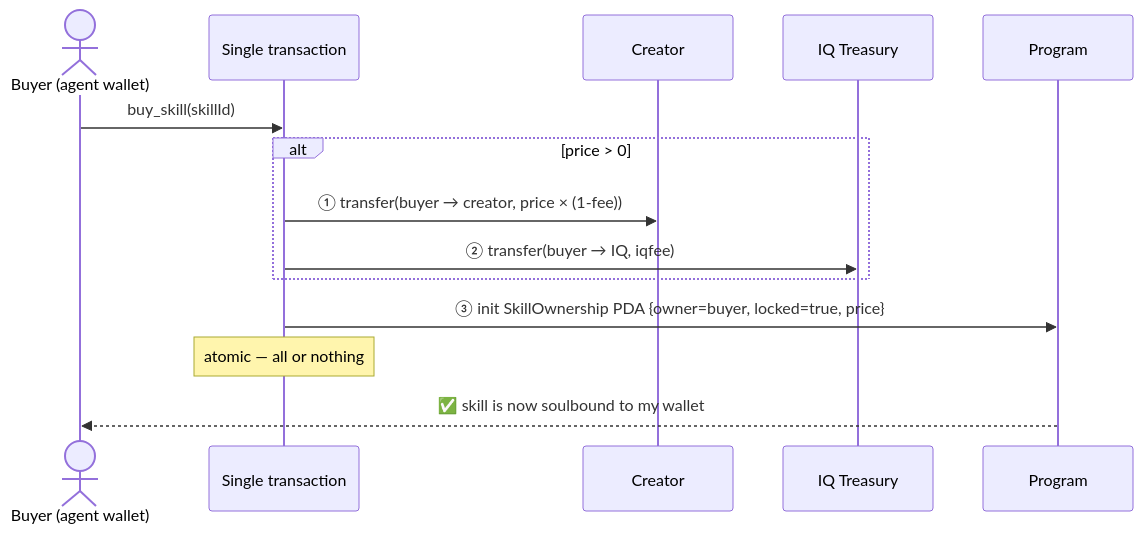
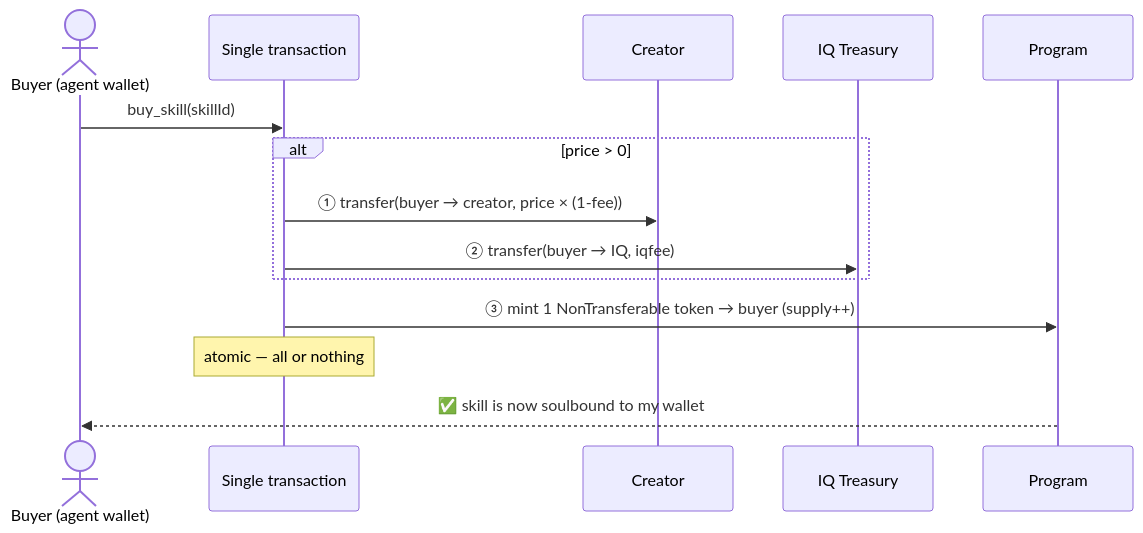
Before and after one commit to IQCoreTeam/AgentNet: the seventh of 8 diagrams in plans/skill-soulbound-structure.md, drawn with Mermaid. The commit also changed other lines of this file and 5 other files, not shown here.

First line of the commit message:
Adopt Token-2022 semi-fungible as the NFT model; drop custom SkillOwnership PDA

````diff
--- a/plans/skill-soulbound-structure.md
+++ b/plans/skill-soulbound-structure.md
@@ -202,17 +191,17 @@
 ```mermaid
 sequenceDiagram
     actor B as Buyer (agent wallet)
     participant TX as Single transaction
     participant C as Creator
     participant IQ as IQ Treasury
     participant P as Program
 
     B->>TX: buy_skill(skillId)
     alt price > 0
         TX->>C: ① transfer(buyer → creator, price × (1-fee))
         TX->>IQ: ② transfer(buyer → IQ, iqfee)
     end
-    TX->>P: ③ init SkillOwnership PDA {owner=buyer, locked=true, price}
+    TX->>P: ③ mint 1 NonTransferable token → buyer (supply++)
     Note over TX: atomic — all or nothing
     P-->>B: ✅ skill is now soulbound to my wallet
 ```
````
